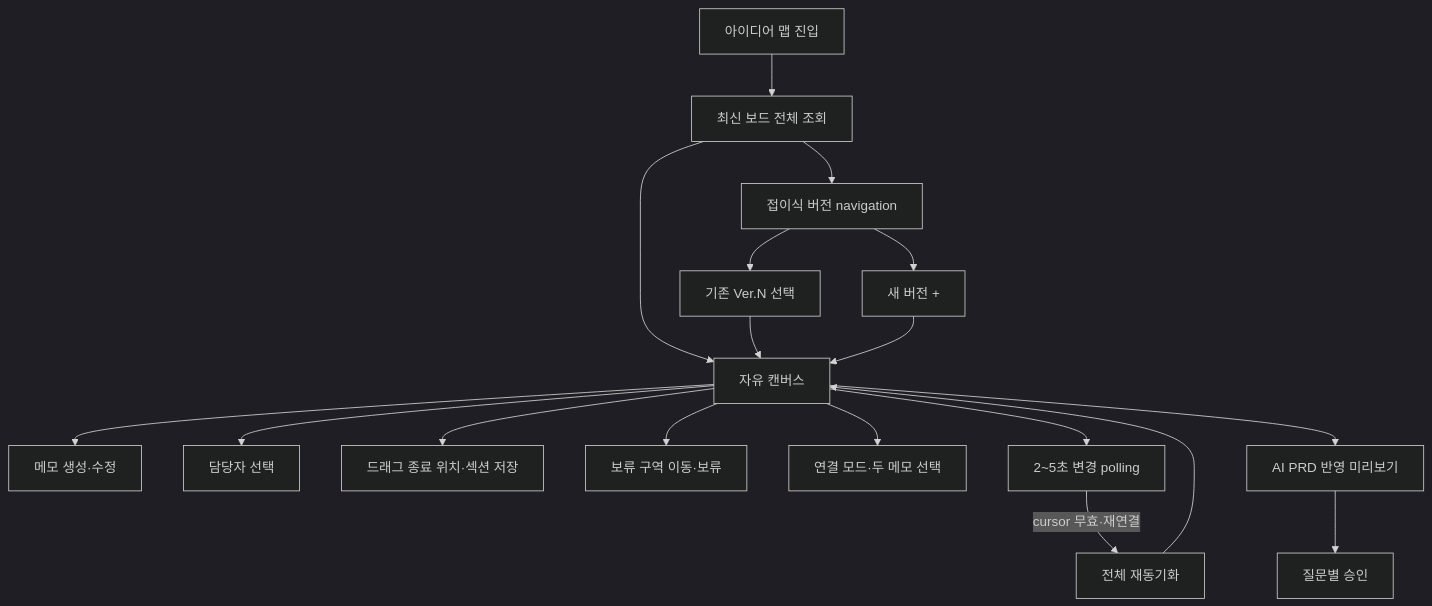
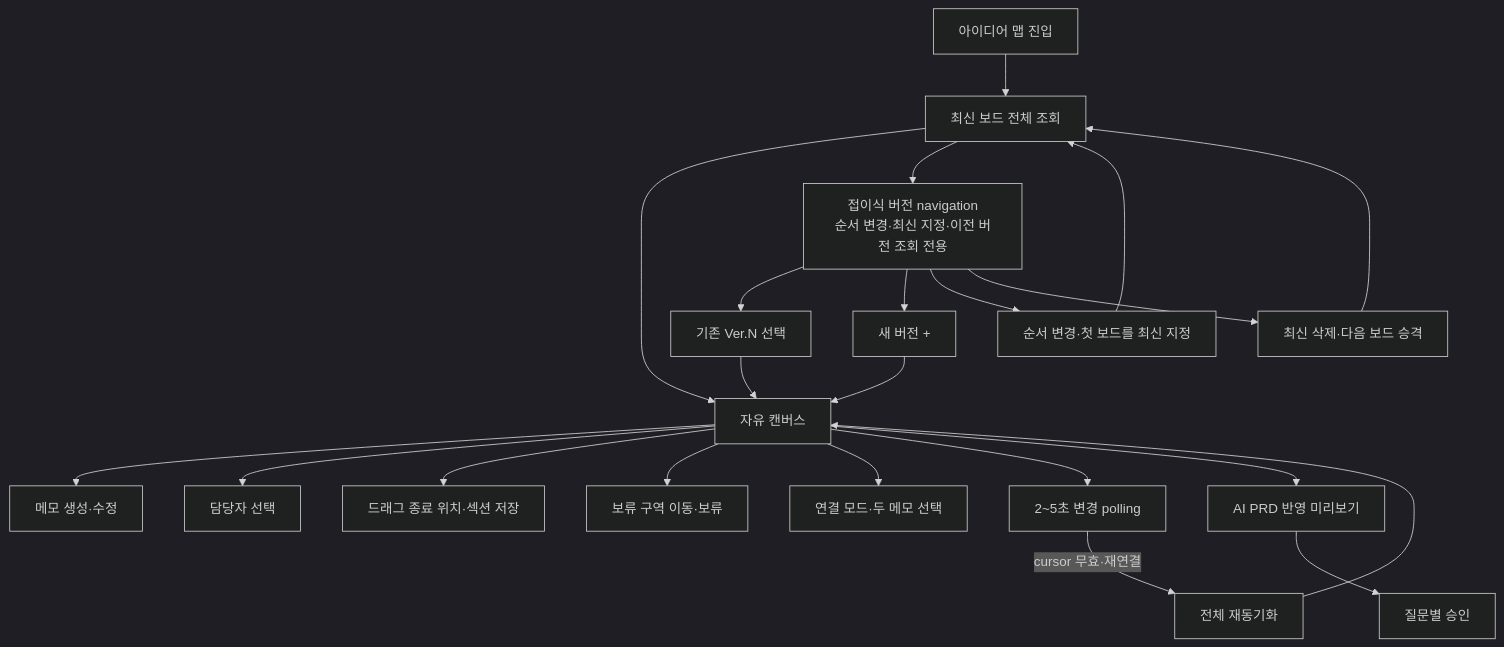
One commit to KANT-2/idea-developer changed the fifth of 5 diagrams in docs/report/SCREEN_FLOW.md. Above: the diagram before and after it, drawn with Mermaid (dark theme). The commit also changed other lines of this file and 28 other files, not shown here.

Commit message:
feat: manage latest brainstorm board versions

````diff
--- a/docs/report/SCREEN_FLOW.md
+++ b/docs/report/SCREEN_FLOW.md
@@ -148,31 +148,35 @@
 ```mermaid
 flowchart TD
     Open[아이디어 맵 진입]
     Latest[최신 보드 전체 조회]
-    Versions[접이식 버전 navigation]
+    Versions[접이식 버전 navigation<br/>순서 변경·최신 지정·이전 버전 조회 전용]
     Select[기존 Ver.N 선택]
     Clone[새 버전 +]
+    Reorder[순서 변경·첫 보드를 최신 지정]
+    DeleteLatest[최신 삭제·다음 보드 승격]
     Canvas[자유 캔버스]
     Note[메모 생성·수정]
     Assignee[담당자 선택]
     Move[드래그 종료 위치·섹션 저장]
     Hold[보류 구역 이동·보류]
     Connect[연결 모드·두 메모 선택]
     Poll[2~5초 변경 polling]
     Reload[전체 재동기화]
     Apply[AI PRD 반영 미리보기]
     Approve[질문별 승인]
 
     Open --> Latest --> Canvas
     Latest --> Versions
     Versions --> Select --> Canvas
     Versions --> Clone --> Canvas
+    Versions --> Reorder --> Latest
+    Versions --> DeleteLatest --> Latest
     Canvas --> Note
     Canvas --> Assignee
     Canvas --> Move
     Canvas --> Hold
     Canvas --> Connect
     Canvas --> Poll
     Poll -- cursor 무효·재연결 --> Reload --> Canvas
     Canvas --> Apply --> Approve
 ```
````
